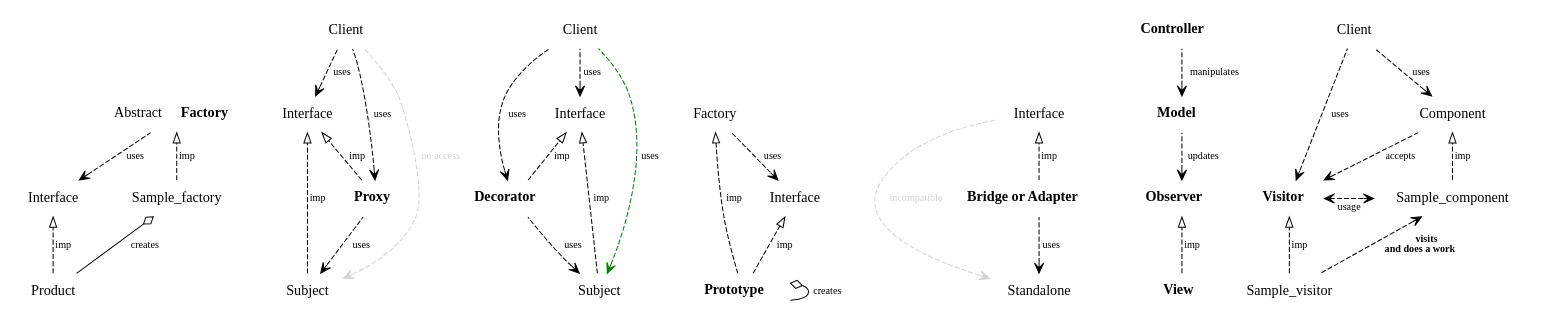
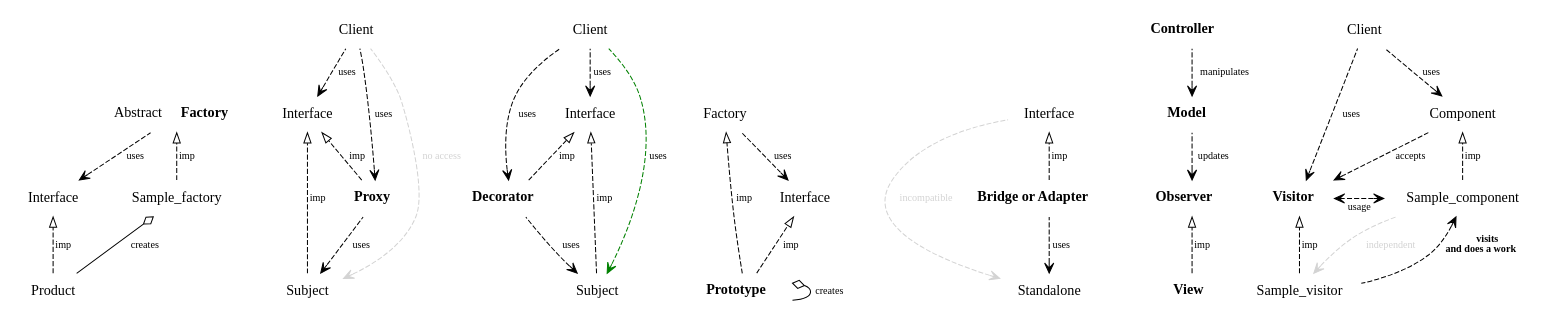
The diagram in cpp/patterns.dot (makelinux/examples), drawn with Graphviz before and after one commit. The commit also changed 1 other file, not shown here.

```diff
--- a/cpp/patterns.dot
+++ b/cpp/patterns.dot
@@ -1,74 +1,75 @@
 digraph G {
 	rankdir="BT"
 	node [shape=plaintext];
 	edge [fontsize=10 _fontcolor=darkgray]
 	// Inheritance
 	edge [label=inh arrowhead=onormal];
 
 	// Implementation
 	edge [label=imp weight=1000 arrowhead=onormal style=dashed];
 	Product -> Interface;
 	Factory [label=<Abstract <b>Factory</b>>]
 	Sample_factory -> Factory;
 	Proxy [label=<<b>Proxy</b>>]
 	{ Subject Proxy } -> Proxy_interface
 	Decorator [label=<<b>Decorator</b>>]
 	Subject_of_Decorator [label=Subject]
 	{ Decorator Subject_of_Decorator} -> Decorator_interface
 	Proxy_interface [label="Interface"]
 	Decorator_interface [label="Interface"]
 	Factory_of_prototype [label=Factory]
 	Interface_of_prototype [label=Interface]
 	Prototype -> { Factory_of_prototype Interface_of_prototype}
 	Prototype [label=<<b>Prototype</b>>]
 	Bridge_interface [label=Interface]
 	Bridge [label=<<b>Bridge or Adapter</b>>]
 	Bridge -> Bridge_interface
 	Observer [label=<<b>Observer</b>>]
 	View [label=<<b>View</b>>]
 	Model [label=<<b>Model</b>>]
 	Controller [label=<<b>Controller</b>>]
 	View -> Observer
 
 	Visitor [label=<<b>Visitor</b>>]
 	//Component [rank=min]
 	Sample_visitor -> Visitor
 	Sample_component -> Component
 
 	// Aggregation
 	edge [label=agg weight=1 arrowtail=odiamond dir=back style=""]
 
 	edge [label=creates dir="" arrowhead=odiamond]
 	Product -> Sample_factory
 	Prototype -> Prototype
 
 	// Dependencies
 	edge [label=uses weight=1 arrowhead=vee style=dashed dir="" ]
 
 	Component -> Visitor [label=accepts weight=0]
 	Sample_component -> Visitor [label=usage dir=both _weight=0 arrowtail=vee constraint=false]
 	rank = same { Sample_component  Visitor }
 	//{Sample_visitor Sample_component } -> Client_of_Visitor [style=invis]
 	edge [label=uses weight=1 dir=back arrowtail=vee ]
 	Client_of_Decorator [label=Client]
 	Subject_of_Decorator -> Decorator -> Client_of_Decorator
 	Decorator_interface -> Client_of_Decorator
 	Subject_of_Decorator -> Client_of_Decorator [color=green]
 	Client_of_Visitor [label=Client]
 	Component -> Client_of_Visitor
 	Visitor -> Client_of_Visitor
 
 	Subject -> Proxy
 	Client_of_Proxy [label=Client]
 	Proxy -> Client_of_Proxy
 	Proxy_interface -> Client_of_Proxy
 	Model -> Controller [label=manipulates]
 	Interface -> Factory
 	Interface_of_prototype -> Factory_of_prototype
 	Standalone -> Bridge
 	Observer -> Model [label=updates]
 	Sample_component -> Sample_visitor [label=<<b>visits<br/>and does a work</b>> constraint=false]
 	edge [color=lightgray fontcolor=lightgray xweight=0  constraint=false]
+	Sample_visitor -> Sample_component [label="independent" constraint=false]
 	Subject -> Client_of_Proxy [label="no access"]
 	Standalone -> Bridge_interface [label="incompatible" constraint=false]
 }
```
